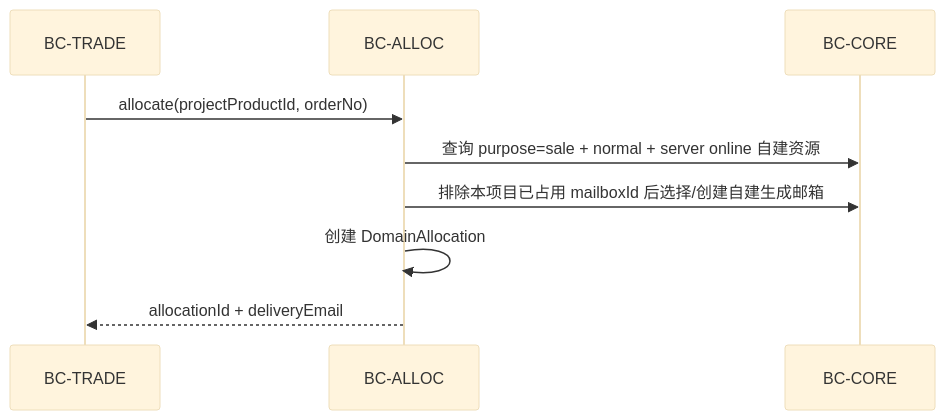
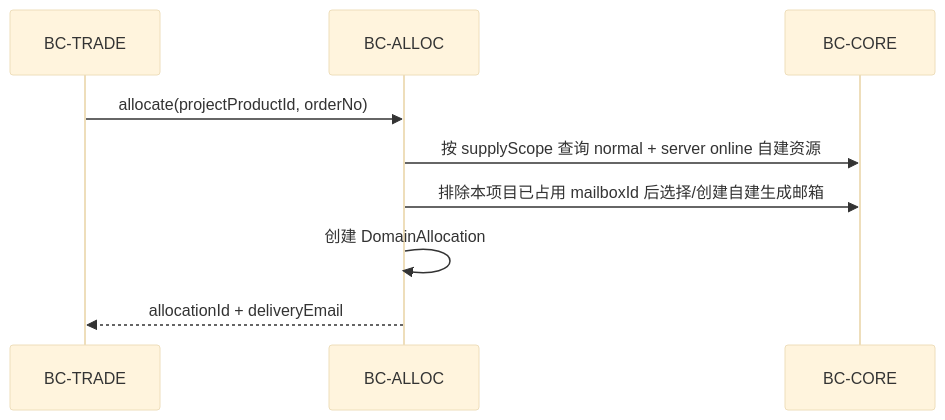
The third of 3 diagrams in docs/2-allocation-routing.md (donnel666/remail), drawn with Mermaid (base theme) before and after one commit. The commit also changed other lines of this file and 36 other files, not shown here.

````diff
--- a/docs/2-allocation-routing.md
+++ b/docs/2-allocation-routing.md
@@ -161,11 +173,11 @@
 ```mermaid
 sequenceDiagram
     participant T as BC-TRADE
     participant A as BC-ALLOC
     participant C as BC-CORE
     T->>A: allocate(projectProductId, orderNo)
-    A->>C: 查询 purpose=sale + normal + server online 自建资源
+    A->>C: 按 supplyScope 查询 normal + server online 自建资源
     A->>C: 排除本项目已占用 mailboxId 后选择/创建自建生成邮箱
     A->>A: 创建 DomainAllocation
     A-->>T: allocationId + deliveryEmail
 ```
````
